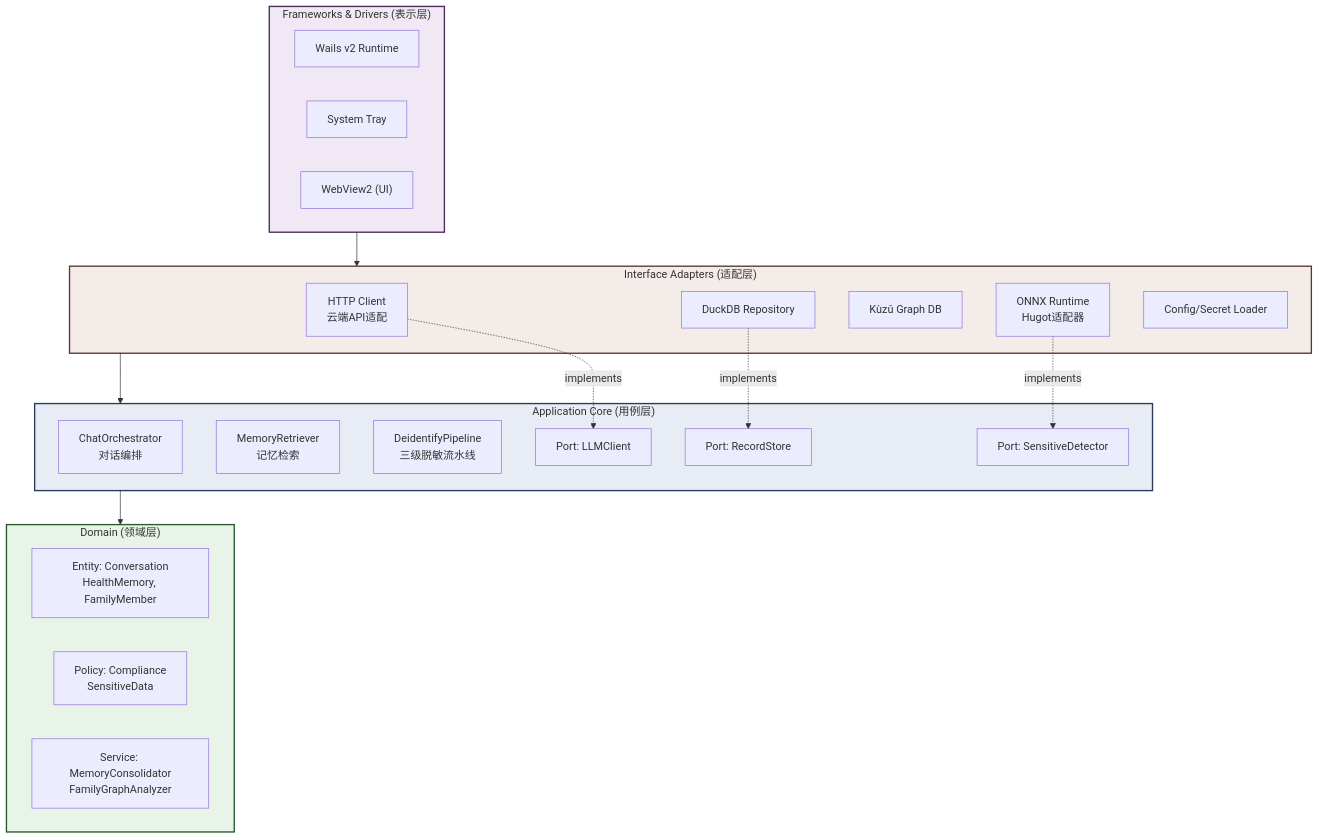
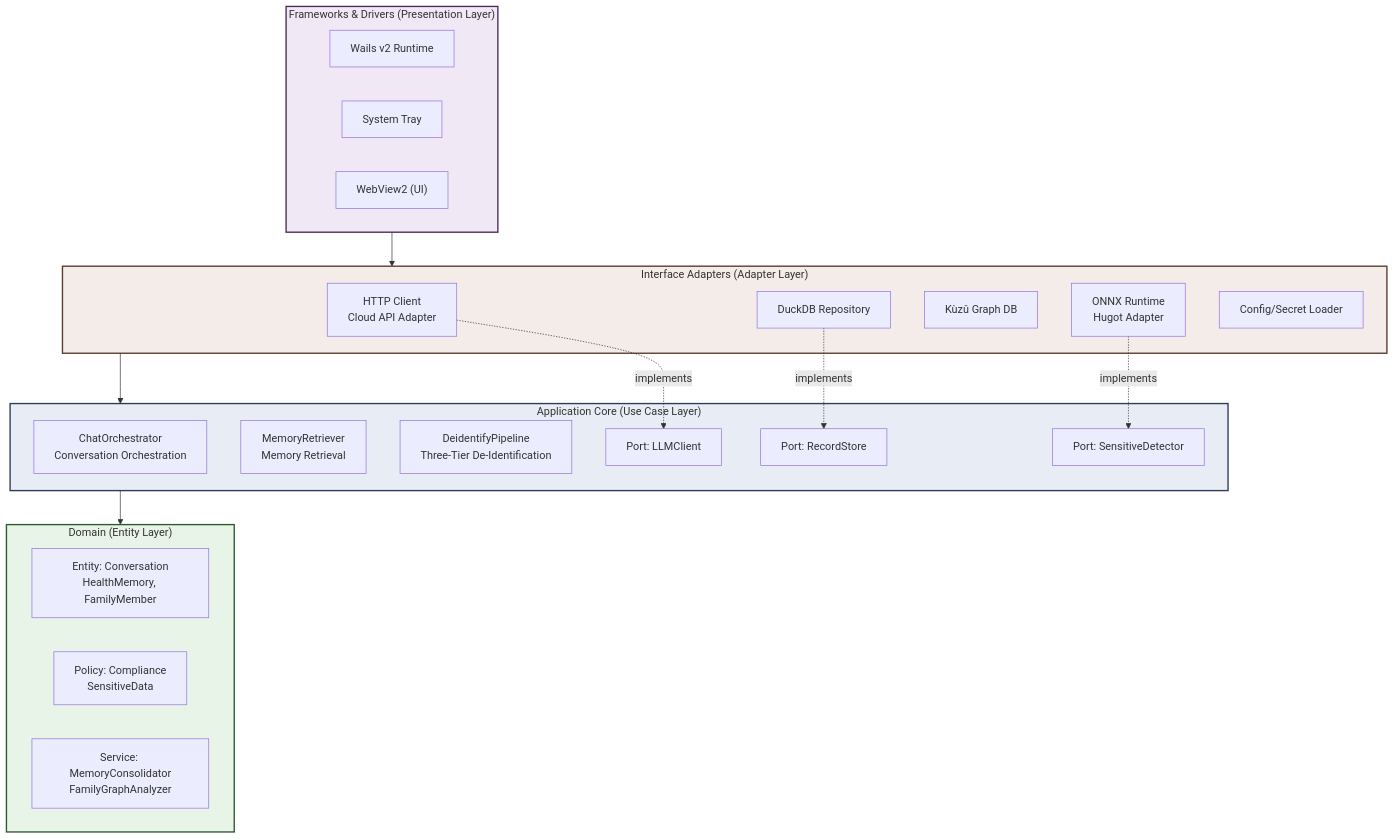
One commit to hzhan516/medmemo changed the diagram in docs/ARCHITECTURE.md. Above: the diagram before and after it, drawn with Mermaid. The commit also changed other lines of this file and 31 other files, not shown here.

````diff
--- a/docs/ARCHITECTURE.md
+++ b/docs/ARCHITECTURE.md
@@ -9,44 +11,44 @@
 ```mermaid
 flowchart TB
-    subgraph FW["Frameworks & Drivers (表示层)"]
+    subgraph FW["Frameworks & Drivers (Presentation Layer)"]
         WAILS["Wails v2 Runtime"]
         TRAY["System Tray"]
         WEBVIEW["WebView2 (UI)"]
     end
 
-    subgraph ADPT["Interface Adapters (适配层)"]
-        HTTP["HTTP Client<br/>云端API适配"]
+    subgraph ADPT["Interface Adapters (Adapter Layer)"]
+        HTTP["HTTP Client<br/>Cloud API Adapter"]
         DUCK["DuckDB Repository"]
         KUZU["Kùzǔ Graph DB"]
-        ONNX["ONNX Runtime<br/>Hugot适配器"]
+        ONNX["ONNX Runtime<br/>Hugot Adapter"]
         CFG["Config/Secret Loader"]
     end
 
-    subgraph APP["Application Core (用例层)"]
-        UC_CHAT["ChatOrchestrator<br/>对话编排"]
-        UC_MEM["MemoryRetriever<br/>记忆检索"]
-        PIPE["DeidentifyPipeline<br/>三级脱敏流水线"]
+    subgraph APP["Application Core (Use Case Layer)"]
+        UC_CHAT["ChatOrchestrator<br/>Conversation Orchestration"]
+        UC_MEM["MemoryRetriever<br/>Memory Retrieval"]
+        PIPE["DeidentifyPipeline<br/>Three-Tier De-Identification"]
         PORT_LLM["Port: LLMClient"]
         PORT_DB["Port: RecordStore"]
         PORT_DET["Port: SensitiveDetector"]
     end
 
-    subgraph DOM["Domain (领域层)"]
+    subgraph DOM["Domain (Entity Layer)"]
         ENT["Entity: Conversation<br/>HealthMemory, FamilyMember"]
         POLICY["Policy: Compliance<br/>SensitiveData"]
         SVC["Service: MemoryConsolidator<br/>FamilyGraphAnalyzer"]
     end
 
     FW --> ADPT
     ADPT --> APP
     APP --> DOM
 
     HTTP -. implements .-> PORT_LLM
     DUCK -. implements .-> PORT_DB
     ONNX -. implements .-> PORT_DET
 
     style DOM fill:#e8f4e8,stroke:#2d5a2d,stroke-width:2px
     style APP fill:#e8ecf4,stroke:#2d3a5a,stroke-width:2px
     style ADPT fill:#f4ece8,stroke:#5a3a2d,stroke-width:2px
     style FW fill:#f0e8f4,stroke:#4a2d5a,stroke-width:2px
 ```
````
